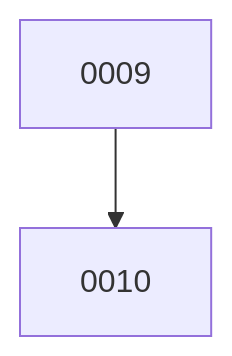
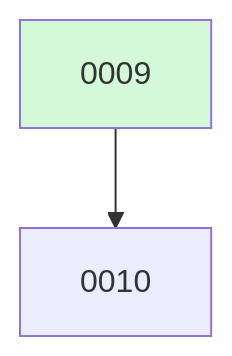
Before and after one commit to ethanhinson/llm-research-agent: the diagram in docs/changes/BOARD.md, drawn with Mermaid. The commit also changed other lines of this file, not shown here.

````diff
--- a/docs/changes/BOARD.md
+++ b/docs/changes/BOARD.md
@@ -17,5 +11,6 @@
 ```mermaid
 graph TD
-  0009
   0009 --> 0010
+  0009:::done
+  classDef done fill:#d3f9d8;
 ```
````
